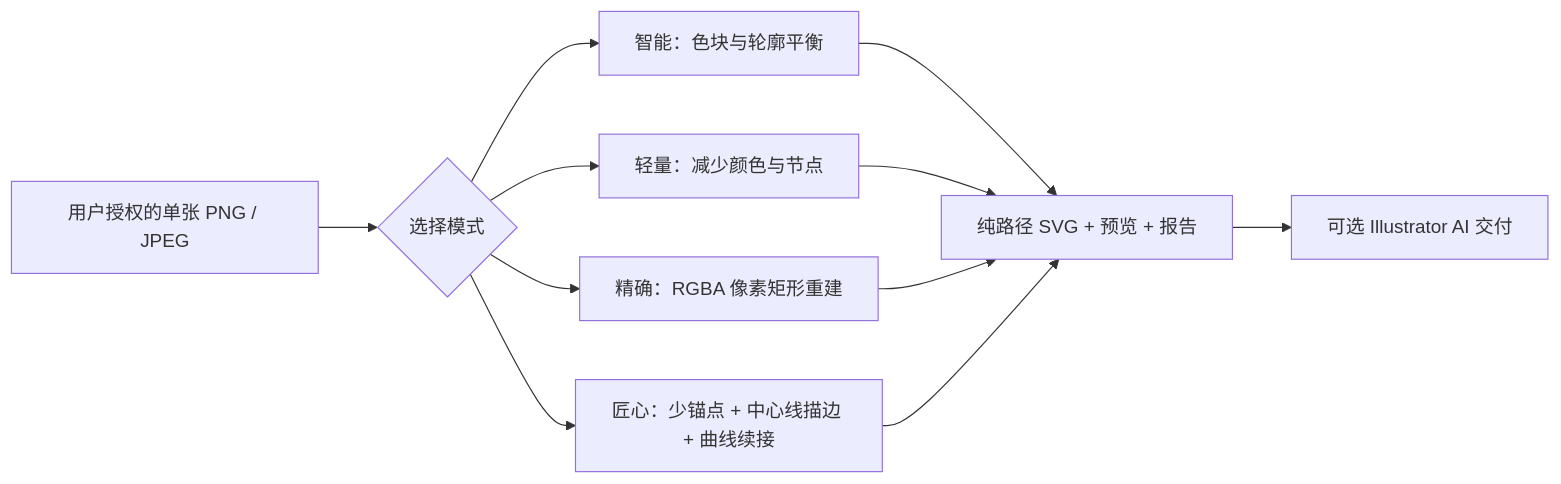
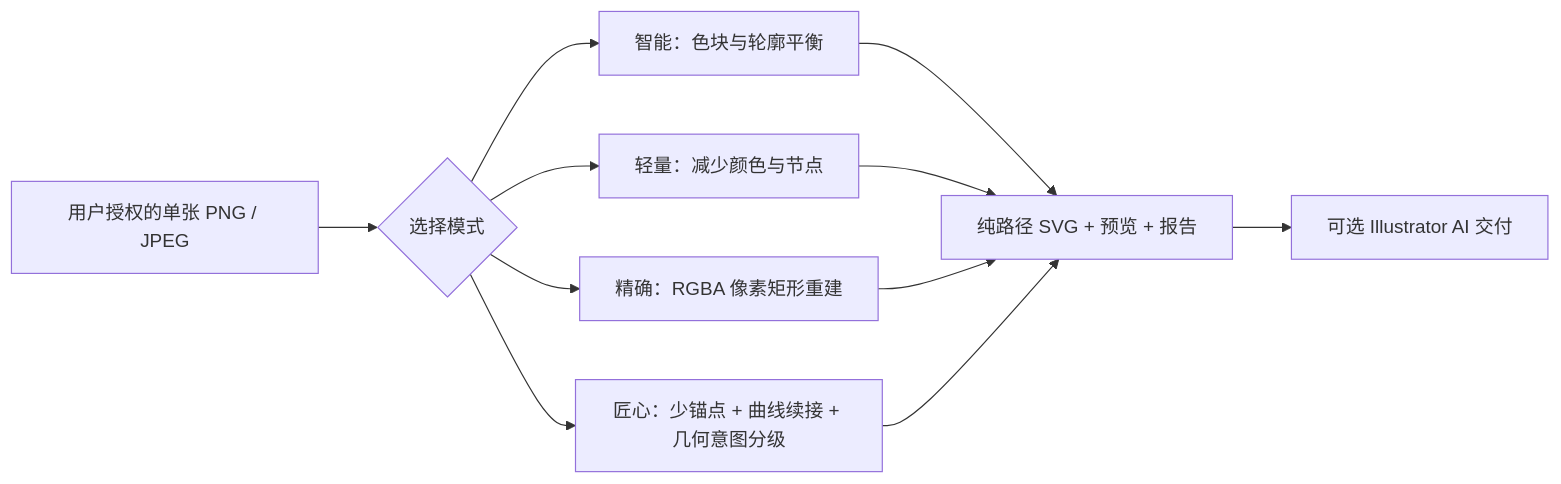
Before and after one commit to jianbaorui07-dot/Codex-Integration-with-Creative-Industry-Software: the first of 2 diagrams in README.md, drawn with Mermaid. The commit also changed other lines of this file and 9 other files, not shown here.

````diff
--- a/README.md
+++ b/README.md
@@ -14,13 +14,13 @@
 ```mermaid
 flowchart LR
   A["用户授权的单张 PNG / JPEG"] --> B{"选择模式"}
   B --> C["智能：色块与轮廓平衡"]
   B --> D["轻量：减少颜色与节点"]
   B --> E["精确：RGBA 像素矩形重建"]
-  B --> H["匠心：少锚点 + 中心线描边 + 曲线续接"]
+  B --> H["匠心：少锚点 + 曲线续接 + 几何意图分级"]
   C --> F["纯路径 SVG + 预览 + 报告"]
   D --> F
   E --> F
   H --> F
   F --> G["可选 Illustrator AI 交付"]
 ```
````
